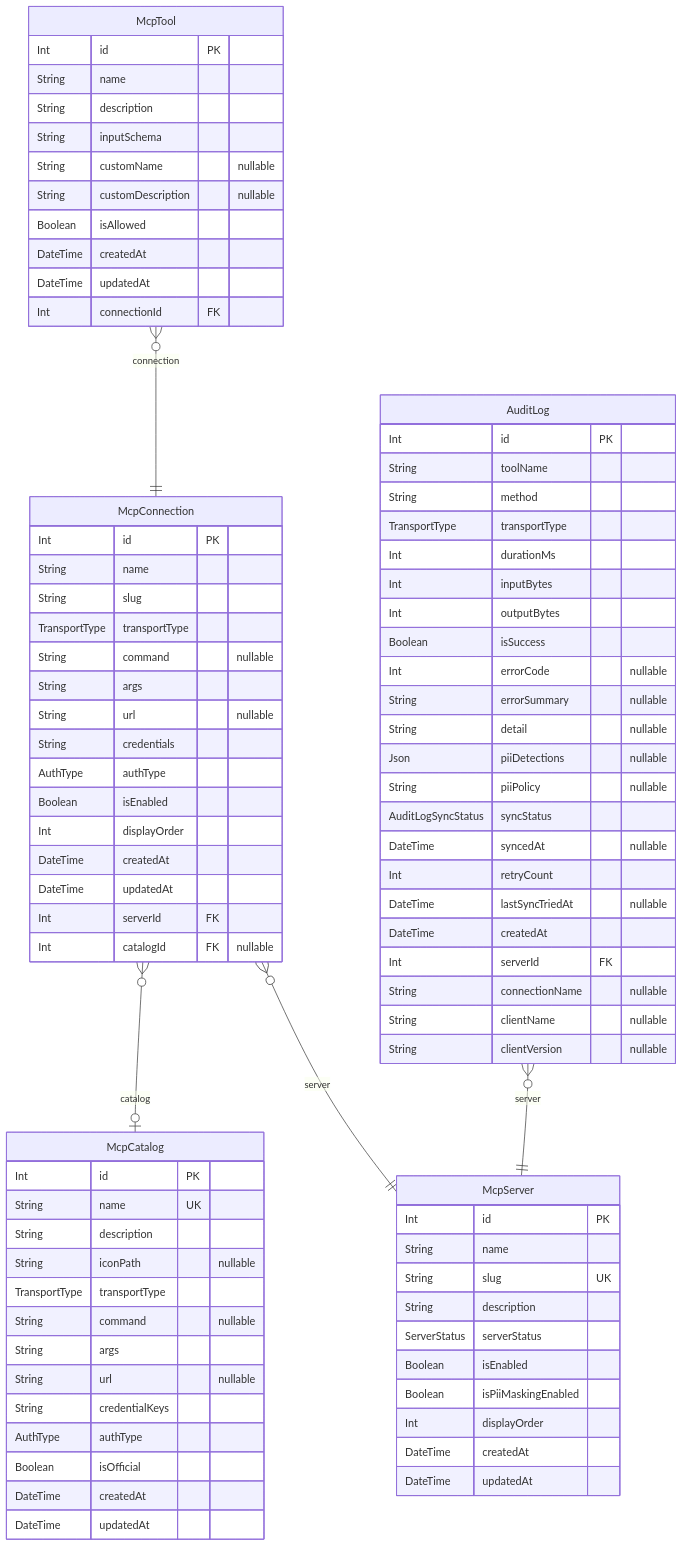
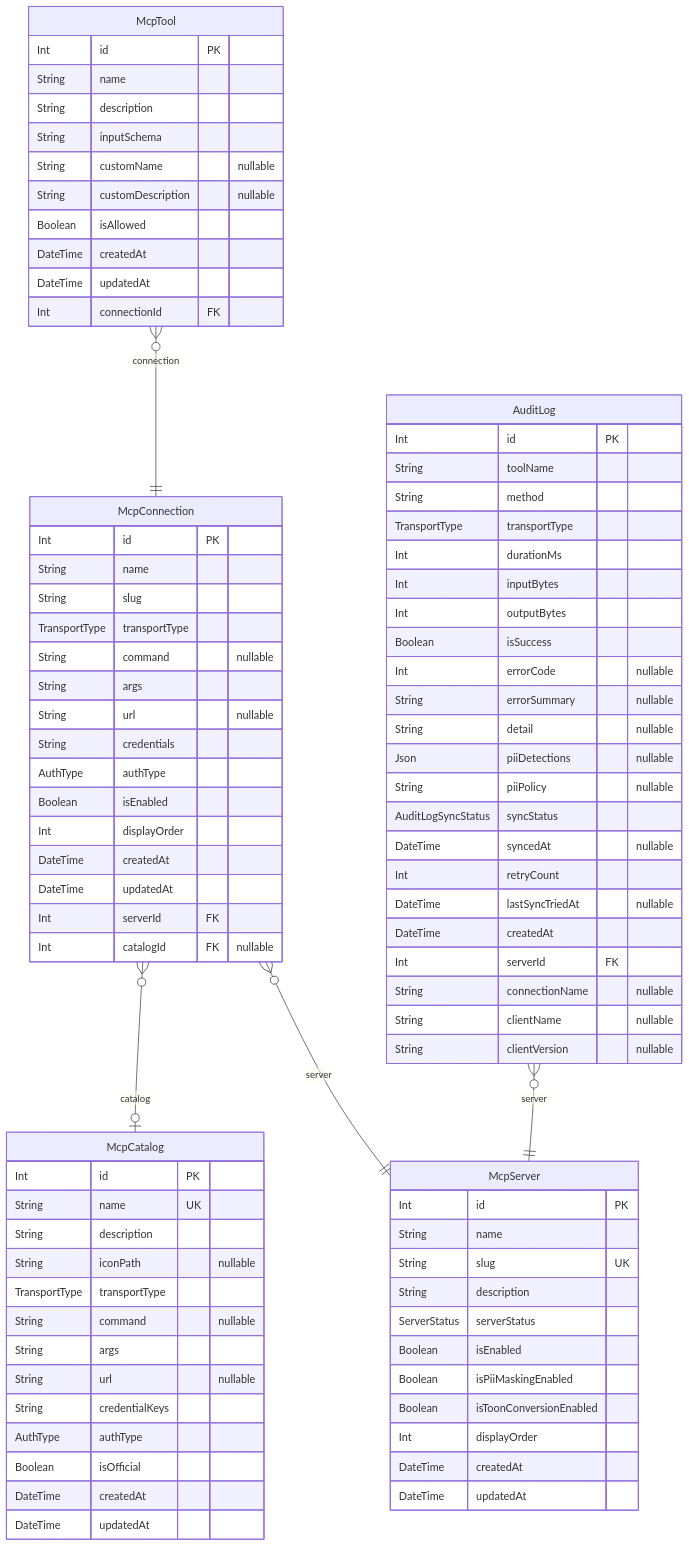
The second of 3 diagrams in apps/desktop/prisma/README.md (rayven122/tumiki), drawn with Mermaid before and after one commit. The commit also changed other lines of this file and 21 other files, not shown here.

First line of the commit message:
feat(desktop): add per-server TOON response conversion toggle

```diff
--- a/apps/desktop/prisma/README.md
+++ b/apps/desktop/prisma/README.md
@@ -87,6 +87,7 @@
   ServerStatus serverStatus
   Boolean isEnabled
   Boolean isPiiMaskingEnabled
+  Boolean isToonConversionEnabled
   Int displayOrder
   DateTime createdAt
   DateTime updatedAt
```
